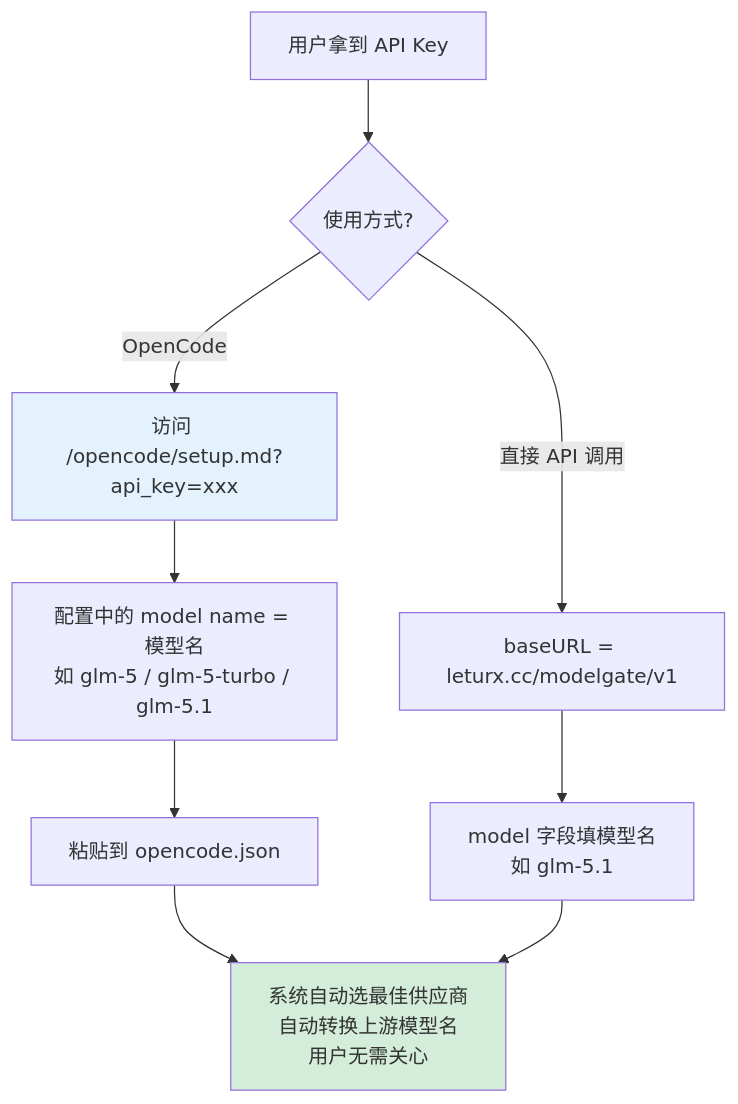
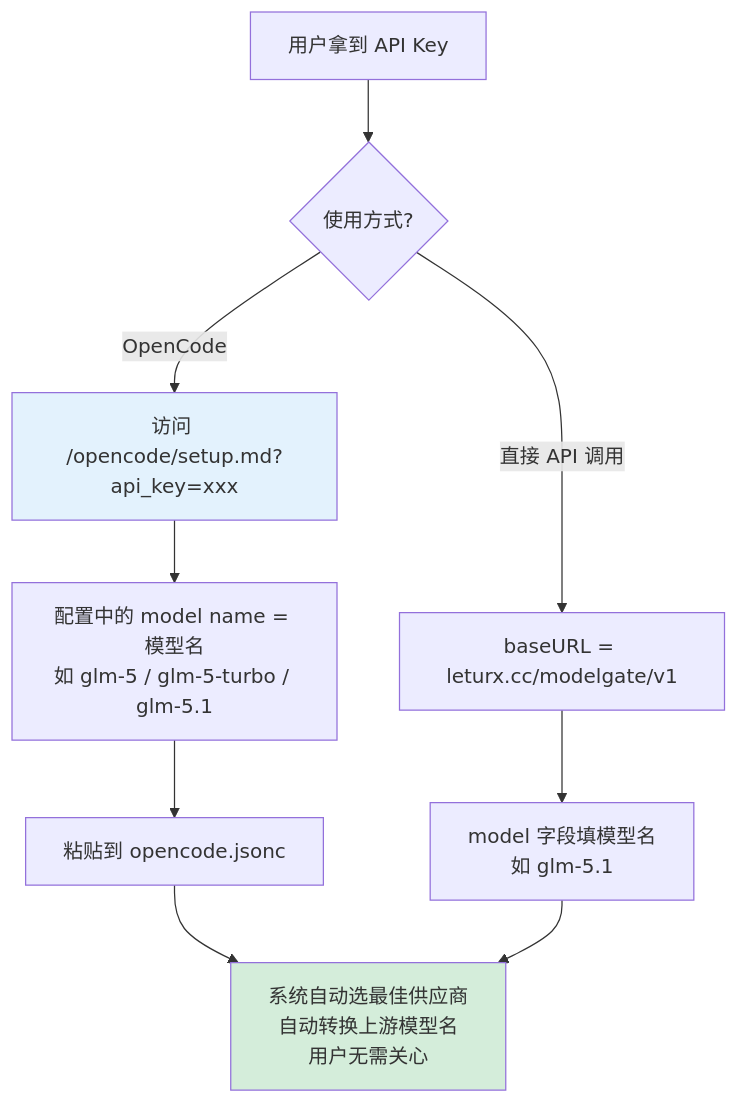
The tenth of 10 diagrams in docs/superpowers/specs/2026-06-13-provider-model-alias-design.md (minhaozhang/ModelGate), drawn with Mermaid before and after one commit. The commit also changed 10 other files, not shown here.

Commit message:
refactor: rename opencode.json to opencode.jsonc across all user-facing references

````diff
--- a/docs/superpowers/specs/2026-06-13-provider-model-alias-design.md
+++ b/docs/superpowers/specs/2026-06-13-provider-model-alias-design.md
@@ -553,18 +553,18 @@
 ```mermaid
 flowchart TD
     A["用户拿到 API Key"] --> B{使用方式?}
 
     B -->|OpenCode| C["访问 /opencode/setup.md?api_key=xxx"]
     C --> D["配置中的 model name = 模型名<br/>如 glm-5 / glm-5-turbo / glm-5.1"]
-    D --> E["粘贴到 opencode.json"]
+    D --> E["粘贴到 opencode.jsonc"]
 
     B -->|直接 API 调用| F["baseURL = leturx.cc/modelgate/v1"]
 
     F --> G["model 字段填模型名<br/>如 glm-5.1"]
 
     E --> H["系统自动选最佳供应商<br/>自动转换上游模型名<br/>用户无需关心"]
     G --> H
 
     style C fill:#e3f2fd
     style H fill:#d4edda
 ```
````
